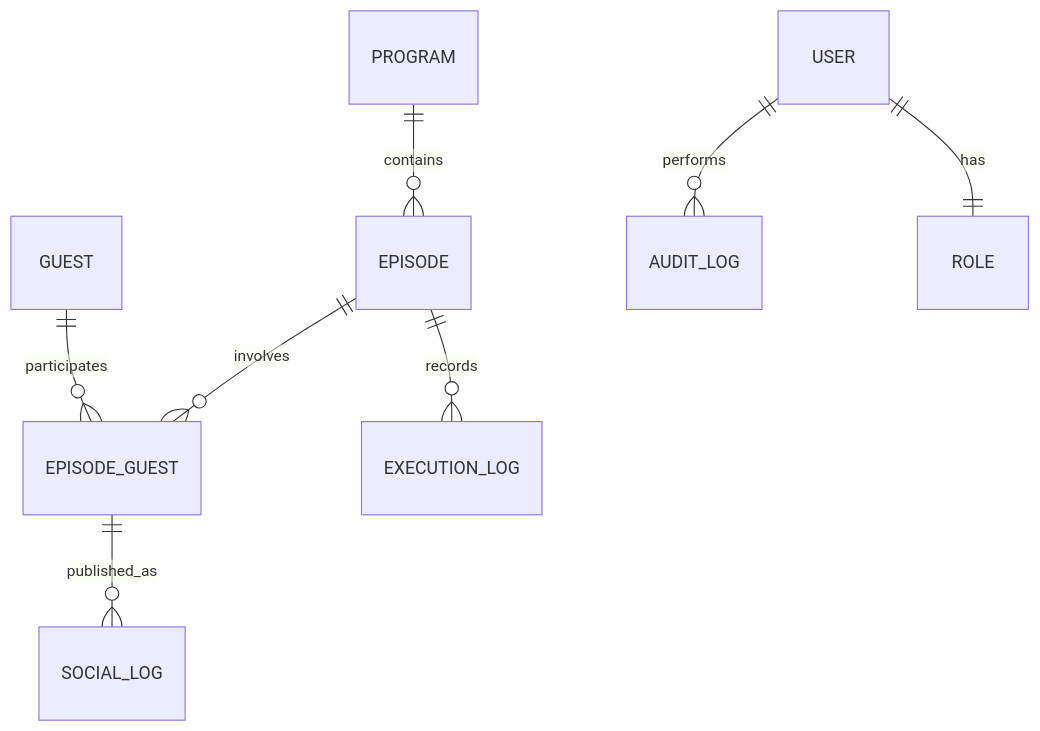
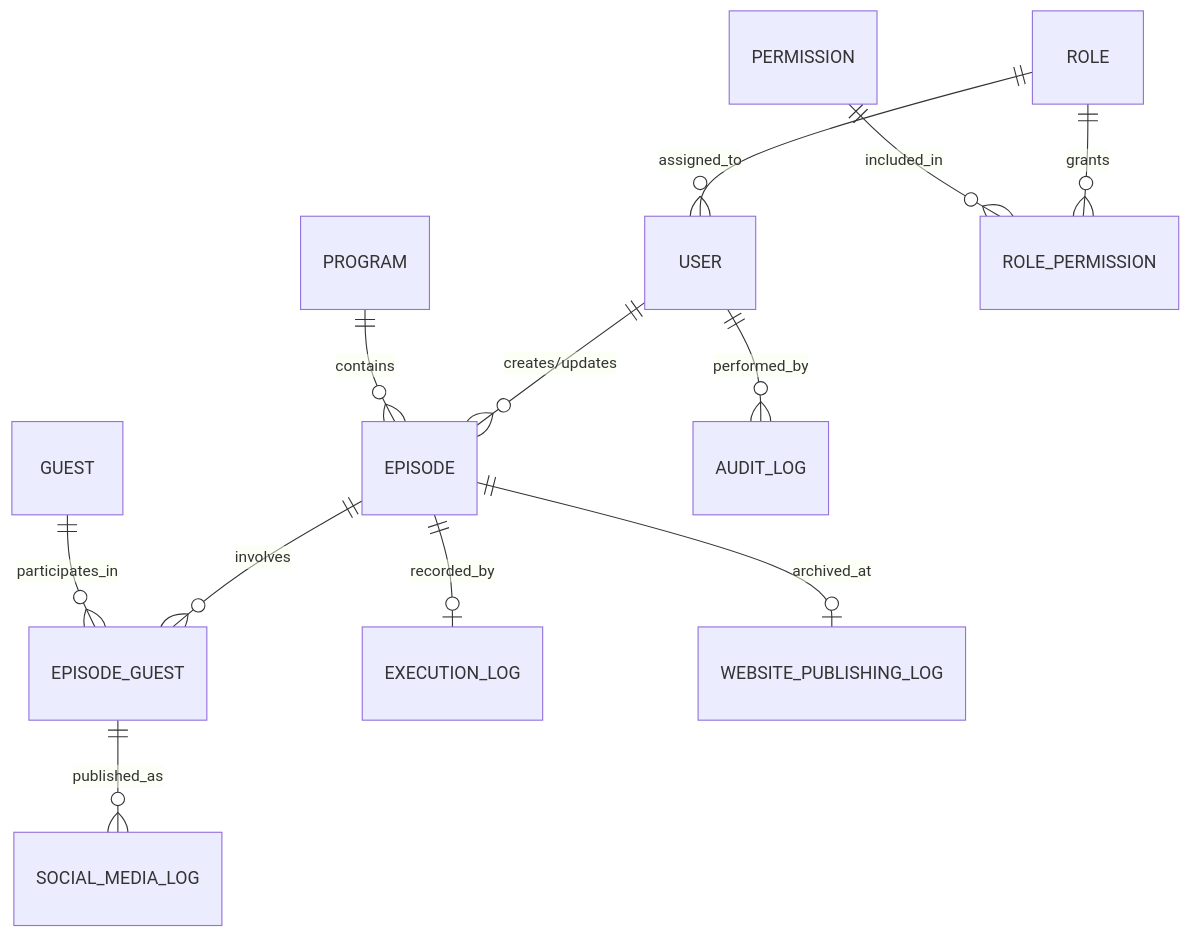
The first of 2 diagrams in README.md (dabasgaza/Radio), drawn with Mermaid before and after one commit. The commit also changed other lines of this file, not shown here.

````diff
--- a/README.md
+++ b/README.md
@@ -40,10 +86,14 @@
 ```mermaid
 erDiagram
+    USER ||--o{ EPISODE : "creates/updates"
     PROGRAM ||--o{ EPISODE : contains
     EPISODE ||--o{ EPISODE_GUEST : involves
-    GUEST ||--o{ EPISODE_GUEST : participates
-    EPISODE ||--o{ EXECUTION_LOG : records
-    EPISODE_GUEST ||--o{ SOCIAL_LOG : published_as
-    USER ||--o{ AUDIT_LOG : performs
-    USER ||--|| ROLE : has
+    GUEST ||--o{ EPISODE_GUEST : participates_in
+    EPISODE ||--o| EXECUTION_LOG : recorded_by
+    EPISODE ||--o| WEBSITE_PUBLISHING_LOG : archived_at
+    EPISODE_GUEST ||--o{ SOCIAL_MEDIA_LOG : published_as
+    USER ||--o{ AUDIT_LOG : performed_by
+    ROLE ||--o{ USER : assigned_to
+    ROLE ||--o{ ROLE_PERMISSION : grants
+    PERMISSION ||--o{ ROLE_PERMISSION : included_in
 ```
````
